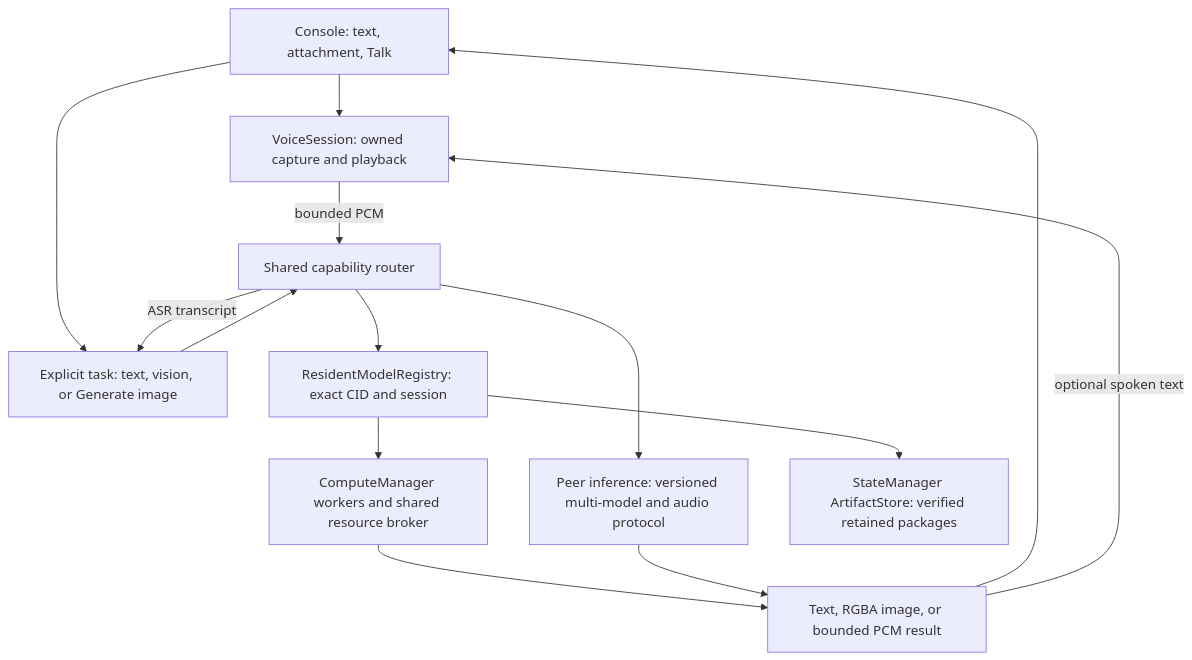
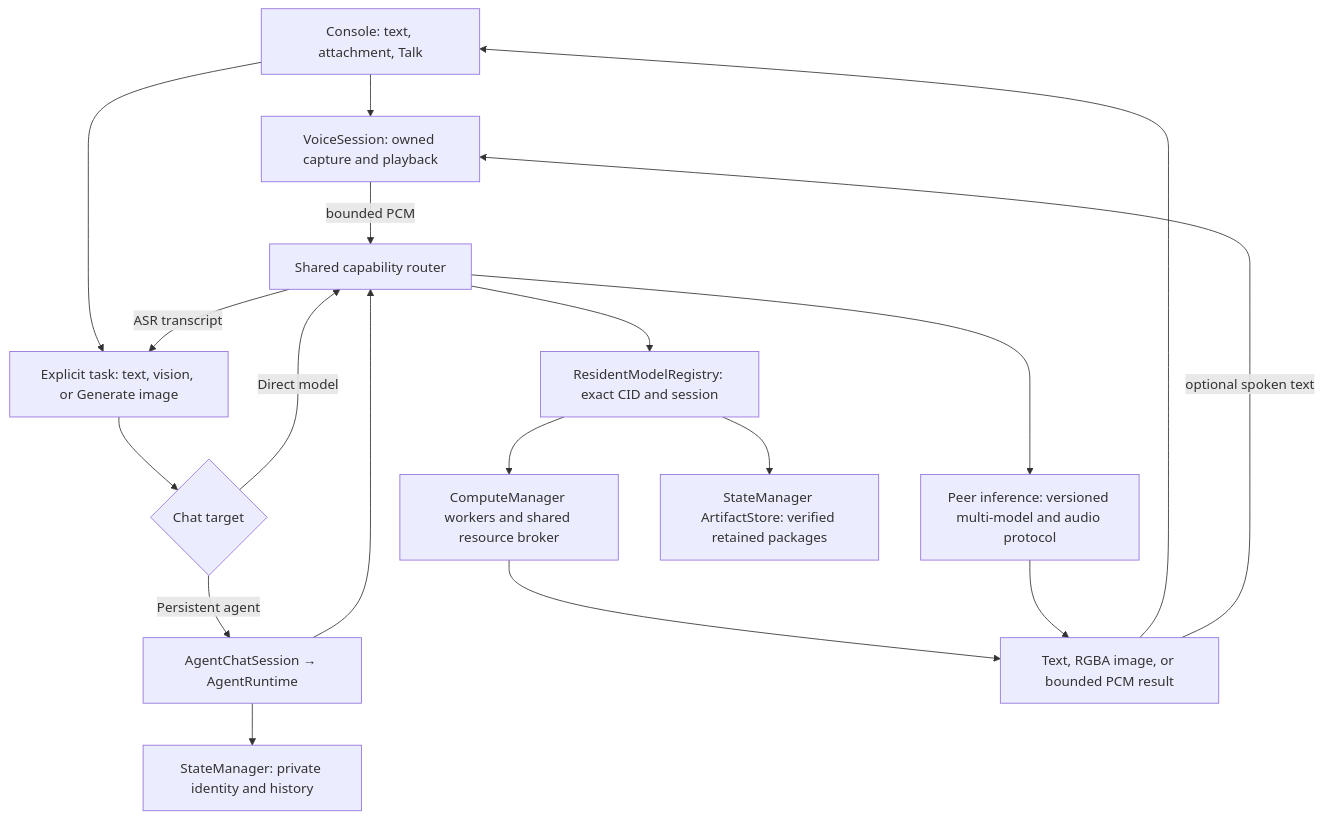
The diagram in plan/demos/inference/multimodal-console.md (MetaverseJS/peercompute), drawn with Mermaid before and after one commit. The commit also changed other lines of this file and 18 other files, not shown here.

Commit message:
Unify model and persistent agent conversations in one chat

````diff
--- a/plan/demos/inference/multimodal-console.md
+++ b/plan/demos/inference/multimodal-console.md
@@ -17,16 +17,20 @@
 ```mermaid
 flowchart TD
   UI[Console: text, attachment, Talk] --> Voice[VoiceSession: owned capture and playback]
   UI --> Intent[Explicit task: text, vision, or Generate image]
   Voice -->|bounded PCM| Router[Shared capability router]
   Router -->|ASR transcript| Intent
-  Intent --> Router
+  Intent --> Target{Chat target}
+  Target -->|Direct model| Router
+  Target -->|Persistent agent| Agent[AgentChatSession → AgentRuntime]
+  Agent --> Memory[StateManager: private identity and history]
+  Agent --> Router
   Router --> Local[ResidentModelRegistry: exact CID and session]
   Router --> Peer[Peer inference: versioned multi-model and audio protocol]
   Local --> CM[ComputeManager workers and shared resource broker]
   Local --> Store[StateManager ArtifactStore: verified retained packages]
   CM --> Result[Text, RGBA image, or bounded PCM result]
   Peer --> Result
   Result --> UI
   Result -->|optional spoken text| Voice
 ```
````
